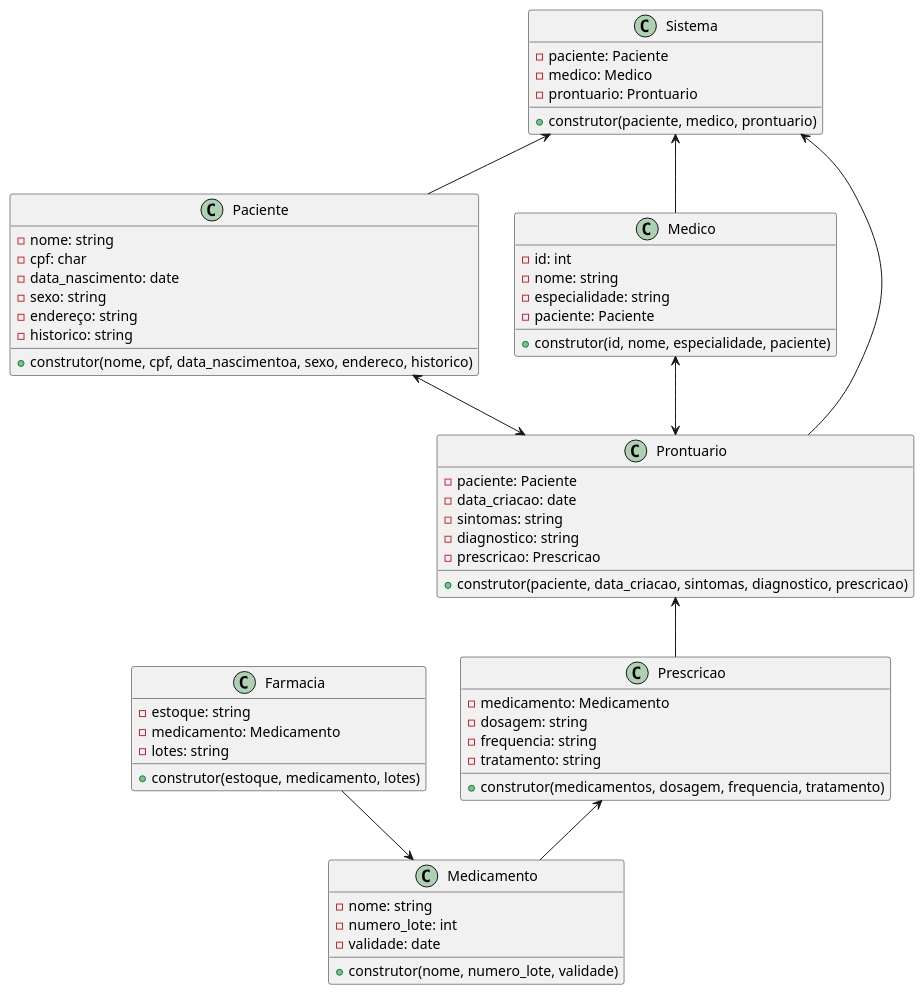
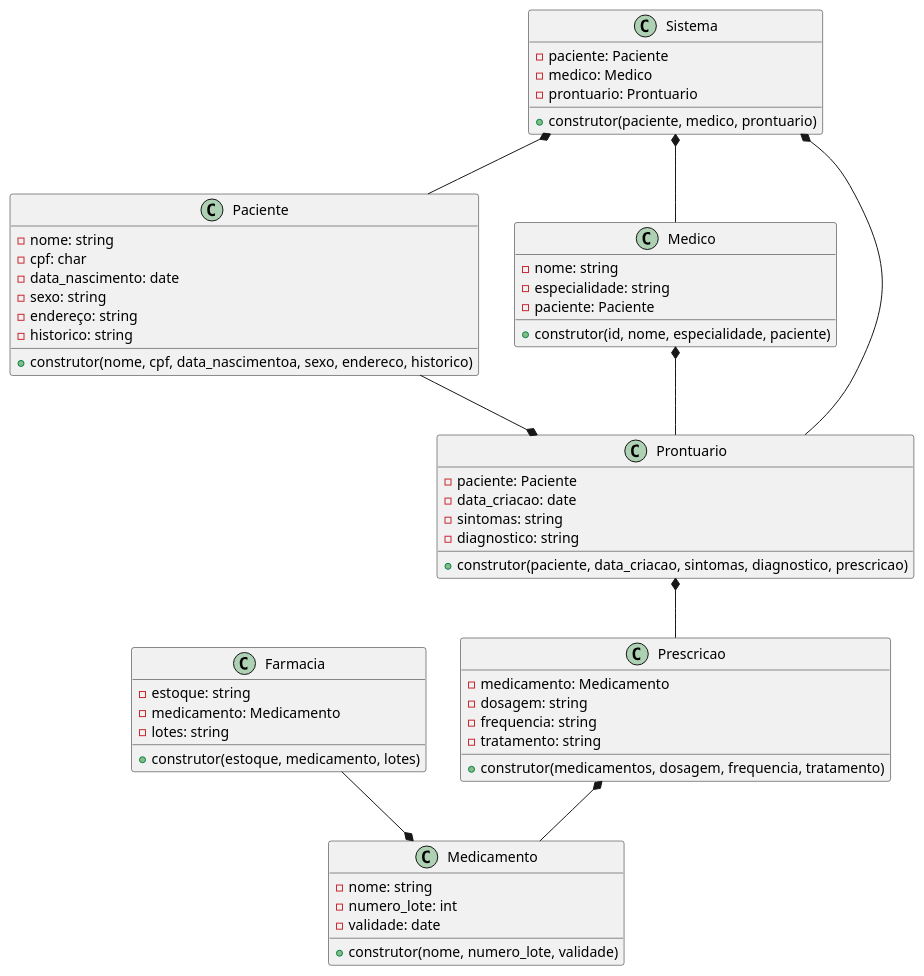
The diagram in diagrama/diagramaClasses.plantuml (anleaes/2023-1-N2-POO-06), drawn with PlantUML before and after one commit.

Commit message:
atualização diagrama

```diff
--- a/diagrama/diagramaClasses.plantuml
+++ b/diagrama/diagramaClasses.plantuml
@@ -1,72 +1,68 @@
-@startuml prontuarioapp
-
+@startuml
 class Paciente {
   - nome: string
   - cpf: char
   - data_nascimento: date
   - sexo: string
   - endereço: string
   - historico: string
   + construtor(nome, cpf, data_nascimentoa, sexo, endereco, historico)
 }
 
 class Medico {
-  - id: int
   - nome: string
   - especialidade: string
   - paciente: Paciente
   + construtor(id, nome, especialidade, paciente)
 }
 
 class Medicamento {
   - nome: string
   - numero_lote: int
   - validade: date
   + construtor(nome, numero_lote, validade)
 }
 
 
 class Prescricao {
   - medicamento: Medicamento
   - dosagem: string
   - frequencia: string
   - tratamento: string
   + construtor(medicamentos, dosagem, frequencia, tratamento)
 }
 
 class Prontuario {
   - paciente: Paciente
   - data_criacao: date
   - sintomas: string
   - diagnostico: string
-  - prescricao: Prescricao
   + construtor(paciente, data_criacao, sintomas, diagnostico, prescricao)
 }
 
 
 class Farmacia {
   - estoque: string
   - medicamento: Medicamento
   - lotes: string
   + construtor(estoque, medicamento, lotes)
 }
 
 
 class Sistema {
   - paciente: Paciente
   - medico: Medico
   - prontuario: Prontuario
   + construtor(paciente, medico, prontuario)
 }
 
 
-Paciente <--> Prontuario
-Medico <--> Prontuario
-Prontuario <-- Prescricao
-Prescricao <-- Medicamento
-Farmacia --> Medicamento
-Sistema <-- Paciente
-Sistema <-- Medico
-Sistema <-- Prontuario
-
+Paciente --* Prontuario
+Medico *-- Prontuario
+Prontuario *-- Prescricao
+Prescricao *-- Medicamento
+Farmacia --* Medicamento
+Sistema *-- Paciente
+Sistema *-- Medico
+Sistema *-- Prontuario
 @enduml
```
